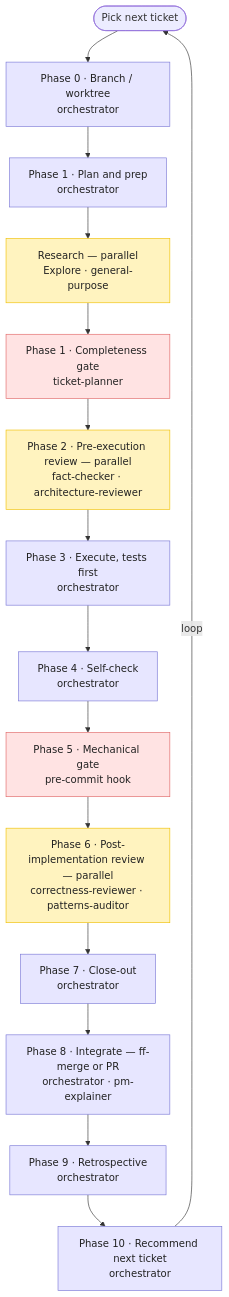
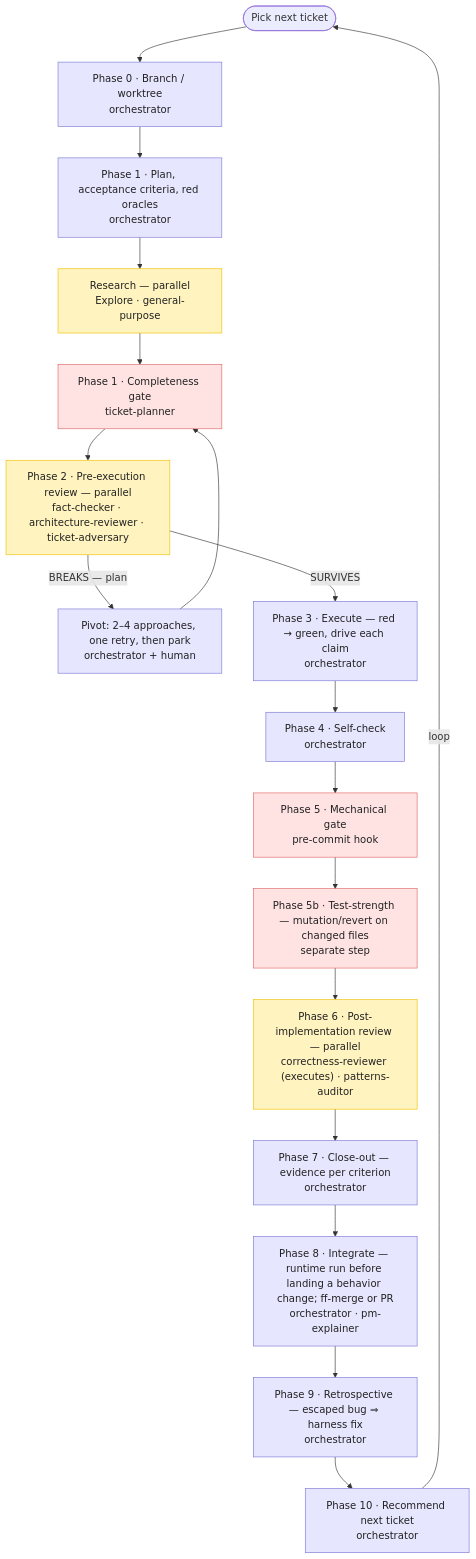
Before and after one commit to davidegreenwald/claude-greenfield: the diagram in README.md, drawn with Mermaid. The commit also changed other lines of this file and 22 other files, not shown here.

````diff
--- a/README.md
+++ b/README.md
@@ -66,23 +75,26 @@
 ```mermaid
 flowchart TD
     A(["Pick next ticket"]) --> P0["Phase 0 · Branch / worktree<br/>orchestrator"]
-    P0 --> P1["Phase 1 · Plan and prep<br/>orchestrator"]
+    P0 --> P1["Phase 1 · Plan, acceptance criteria, red oracles<br/>orchestrator"]
     P1 --> RES["Research — parallel<br/>Explore · general-purpose"]
     RES --> GATE["Phase 1 · Completeness gate<br/>ticket-planner"]
-    GATE --> PRE["Phase 2 · Pre-execution review — parallel<br/>fact-checker · architecture-reviewer"]
-    PRE --> P3["Phase 3 · Execute, tests first<br/>orchestrator"]
+    GATE --> PRE["Phase 2 · Pre-execution review — parallel<br/>fact-checker · architecture-reviewer · ticket-adversary"]
+    PRE -->|BREAKS — plan| PIVOT["Pivot: 2–4 approaches, one retry, then park<br/>orchestrator + human"]
+    PIVOT --> GATE
+    PRE -->|SURVIVES| P3["Phase 3 · Execute — red → green, drive each claim<br/>orchestrator"]
     P3 --> P4["Phase 4 · Self-check<br/>orchestrator"]
     P4 --> P5["Phase 5 · Mechanical gate<br/>pre-commit hook"]
-    P5 --> POST["Phase 6 · Post-implementation review — parallel<br/>correctness-reviewer · patterns-auditor"]
-    POST --> P7["Phase 7 · Close-out<br/>orchestrator"]
-    P7 --> P8["Phase 8 · Integrate — ff-merge or PR<br/>orchestrator · pm-explainer"]
-    P8 --> P9["Phase 9 · Retrospective<br/>orchestrator"]
+    P5 --> P5B["Phase 5b · Test-strength — mutation/revert on changed files<br/>separate step"]
+    P5B --> POST["Phase 6 · Post-implementation review — parallel<br/>correctness-reviewer (executes) · patterns-auditor"]
+    POST --> P7["Phase 7 · Close-out — evidence per criterion<br/>orchestrator"]
+    P7 --> P8["Phase 8 · Integrate — runtime run before landing a behavior change; ff-merge or PR<br/>orchestrator · pm-explainer"]
+    P8 --> P9["Phase 9 · Retrospective — escaped bug ⇒ harness fix<br/>orchestrator"]
     P9 --> P10["Phase 10 · Recommend next ticket<br/>orchestrator"]
     P10 -->|loop| A
     classDef par fill:#fff3bf,stroke:#f0c000,color:#222;
     classDef orch fill:#e7e6ff,stroke:#7a78d6,color:#222;
     classDef gate fill:#ffe3e3,stroke:#e06666,color:#222;
     class RES,PRE,POST par;
-    class P0,P1,P3,P4,P7,P8,P9,P10 orch;
-    class GATE,P5 gate;
+    class P0,P1,P3,P4,P7,P8,P9,P10,PIVOT orch;
+    class GATE,P5,P5B gate;
 ```
````
